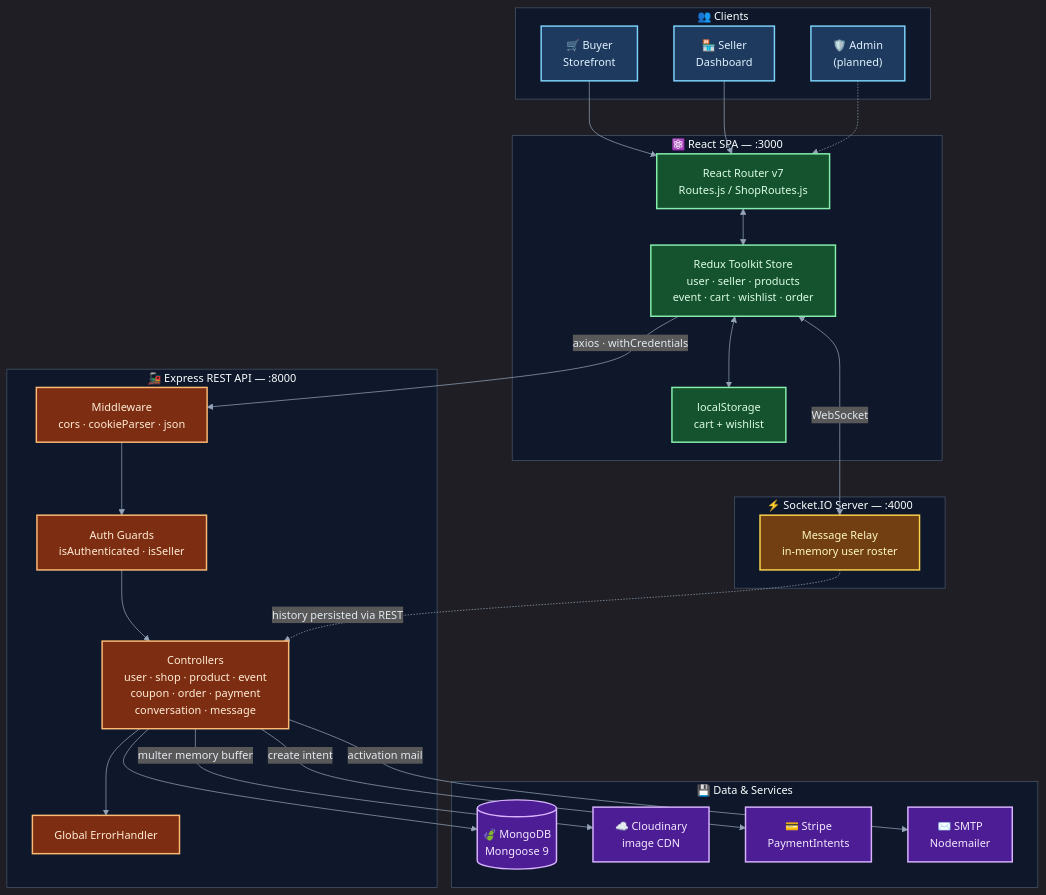
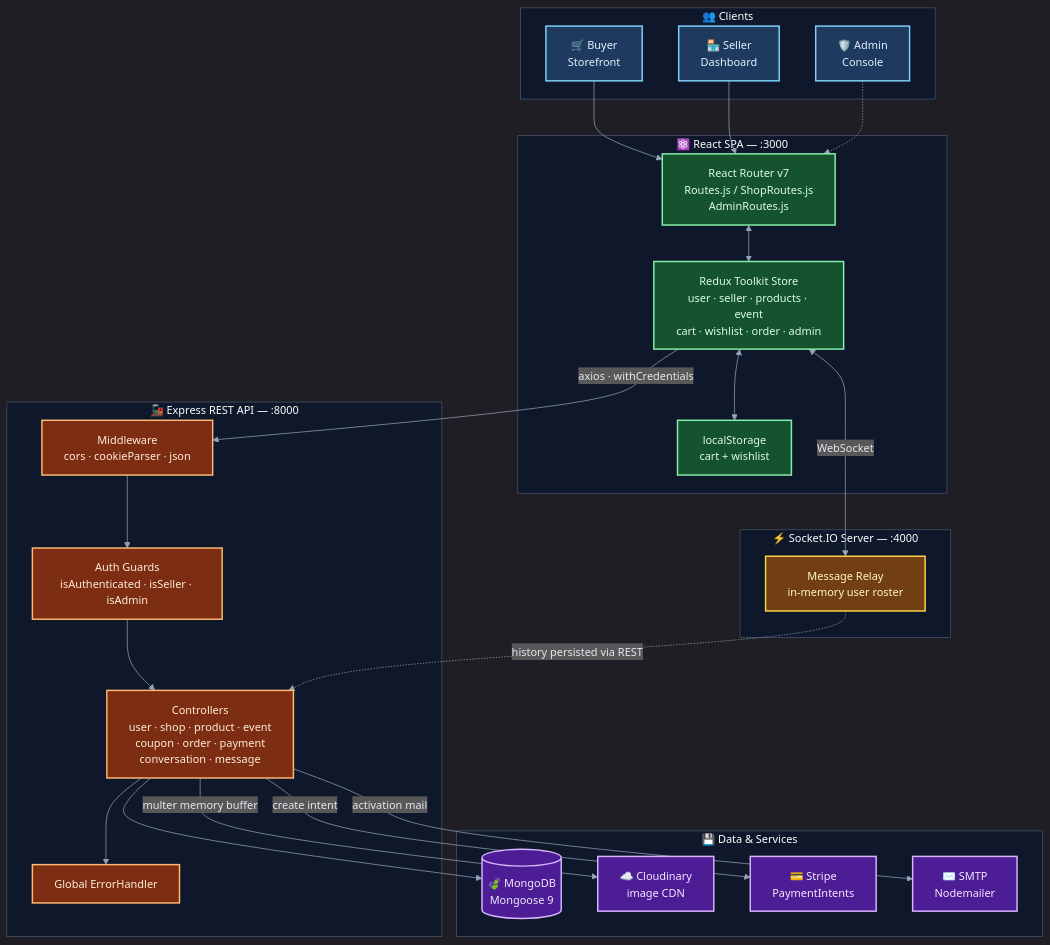
The first of 16 diagrams in README.md (5arimNadeem/eShop), drawn with Mermaid before and after one commit. The commit also changed other lines of this file and 23 other files, not shown here.

````diff
--- a/README.md
+++ b/README.md
@@ -111,62 +111,62 @@
 ```mermaid
 %%{init: {'theme':'dark','themeVariables':{'fontSize':'15px','textColor':'#e2e8f0','primaryTextColor':'#f8fafc','lineColor':'#94a3b8','clusterBkg':'#0f172a','clusterBorder':'#475569','noteBkgColor':'#334155','noteTextColor':'#f8fafc','noteBorderColor':'#94a3b8','actorBkg':'#1e293b','actorTextColor':'#f8fafc','signalTextColor':'#e2e8f0','labelBoxBkgColor':'#334155','labelTextColor':'#f8fafc','loopTextColor':'#f8fafc'}}}%%
 graph TD
     subgraph Clients["👥 Clients"]
         B["🛒 Buyer<br/>Storefront"]
         S["🏪 Seller<br/>Dashboard"]
-        A["🛡️ Admin<br/>(planned)"]
+        A["🛡️ Admin<br/>Console"]
     end
 
     subgraph Frontend["⚛️ React SPA — :3000"]
-        R["React Router v7<br/>Routes.js / ShopRoutes.js"]
-        RX["Redux Toolkit Store<br/>user · seller · products<br/>event · cart · wishlist · order"]
+        R["React Router v7<br/>Routes.js / ShopRoutes.js<br/>AdminRoutes.js"]
+        RX["Redux Toolkit Store<br/>user · seller · products · event<br/>cart · wishlist · order · admin"]
         LS["localStorage<br/>cart + wishlist"]
     end
 
     subgraph API["🚂 Express REST API — :8000"]
         MW["Middleware<br/>cors · cookieParser · json"]
-        AUTH["Auth Guards<br/>isAuthenticated · isSeller"]
+        AUTH["Auth Guards<br/>isAuthenticated · isSeller · isAdmin"]
         CTRL["Controllers<br/>user · shop · product · event<br/>coupon · order · payment<br/>conversation · message"]
         ERR["Global ErrorHandler"]
     end
 
     subgraph RT["⚡ Socket.IO Server — :4000"]
         SOCK["Message Relay<br/>in-memory user roster"]
     end
 
     subgraph Data["💾 Data & Services"]
         DB[("🍃 MongoDB<br/>Mongoose 9")]
         CLD["☁️ Cloudinary<br/>image CDN"]
         STR["💳 Stripe<br/>PaymentIntents"]
         SMTP["✉️ SMTP<br/>Nodemailer"]
     end
 
     B --> R
     S --> R
     A -.-> R
     R <--> RX
     RX <--> LS
 
     RX -->|"axios · withCredentials"| MW
     MW --> AUTH --> CTRL
     CTRL --> ERR
     CTRL --> DB
     CTRL -->|"multer memory buffer"| CLD
     CTRL -->|"create intent"| STR
     CTRL -->|"activation mail"| SMTP
 
     RX <-->|"WebSocket"| SOCK
     SOCK -.->|"history persisted via REST"| CTRL
 
     classDef clients fill:#1e3a5f,stroke:#7dd3fc,stroke-width:2px,color:#e0f2fe
     classDef front fill:#14532d,stroke:#86efac,stroke-width:2px,color:#dcfce7
     classDef api fill:#7c2d12,stroke:#fdba74,stroke-width:2px,color:#ffedd5
     classDef rt fill:#713f12,stroke:#fcd34d,stroke-width:2px,color:#fef9c3
     classDef data fill:#4c1d95,stroke:#d8b4fe,stroke-width:2px,color:#f3e8ff
 
     class B,S,A clients
     class R,RX,LS front
     class MW,AUTH,CTRL,ERR api
     class SOCK rt
     class DB,CLD,STR,SMTP data
 ```
````
